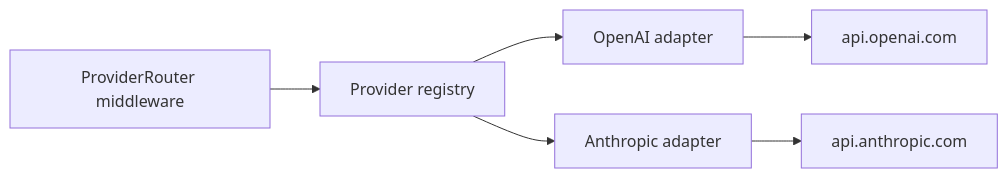
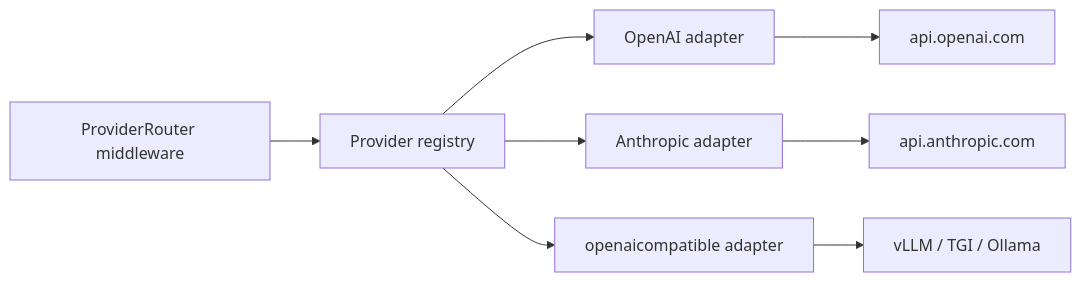
One commit to Rick1330/ibex-harness changed the diagram in web/content/docs/proxy/provider-adapters.mdx. Above: the diagram before and after it, drawn with Mermaid. The commit also changed other lines of this file and 47 other files, not shown here.

First line of the commit message:
feat(proxy): openaicompatible adapter for self-hosted LLM backends (m2.5.G1.M3) (#544)

````diff
--- a/web/content/docs/proxy/provider-adapters.mdx
+++ b/web/content/docs/proxy/provider-adapters.mdx
@@ -26,8 +27,10 @@
 ```mermaid
 flowchart LR
   M[ProviderRouter middleware] --> R[Provider registry]
   R --> O[OpenAI adapter]
   R --> A[Anthropic adapter]
+  R --> S[openaicompatible adapter]
   O --> UP1[api.openai.com]
   A --> UP2[api.anthropic.com]
+  S --> UP3[vLLM / TGI / Ollama]
 ```
````
